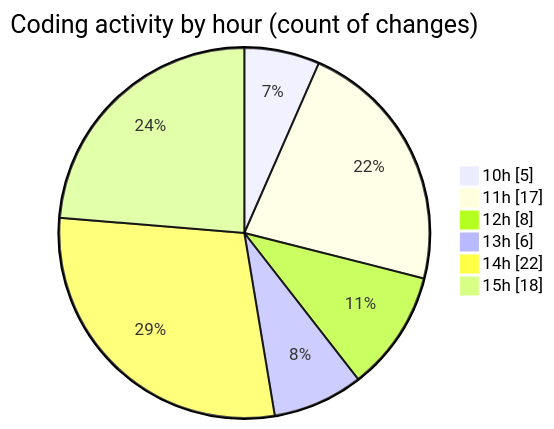
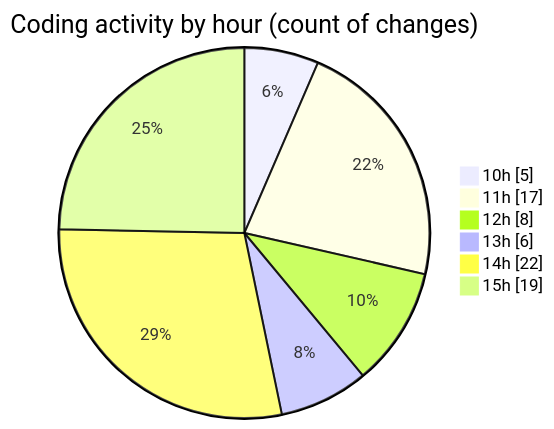
The second of 2 diagrams in 2025-05-05/ecodeli/README.md (CELIANVF/code-tracking), drawn with Mermaid before and after one commit. The commit also changed other lines of this file and 1 other file, not shown here.

````diff
--- a/2025-05-05/ecodeli/README.md
+++ b/2025-05-05/ecodeli/README.md
@@ -60,10 +60,10 @@
 ```mermaid
 pie showData
 title Coding activity by hour (count of changes)
 "10h" : 5
 "11h" : 17
 "12h" : 8
 "13h" : 6
 "14h" : 22
-"15h" : 18
+"15h" : 19
 ```
````
